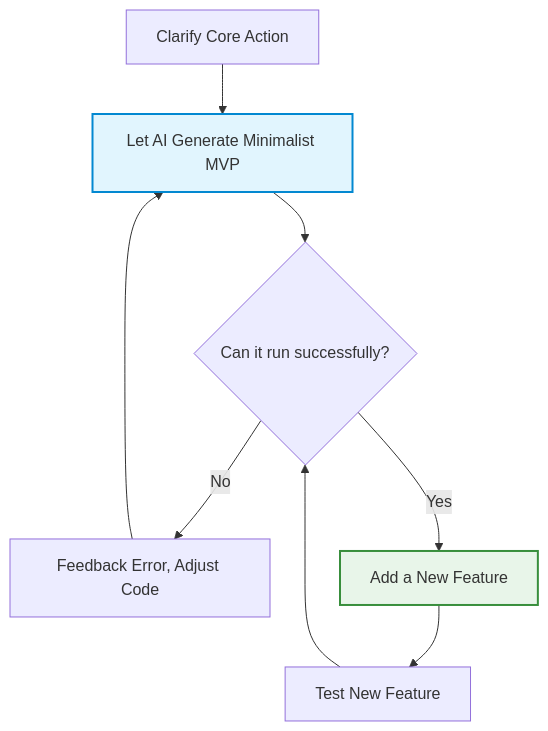
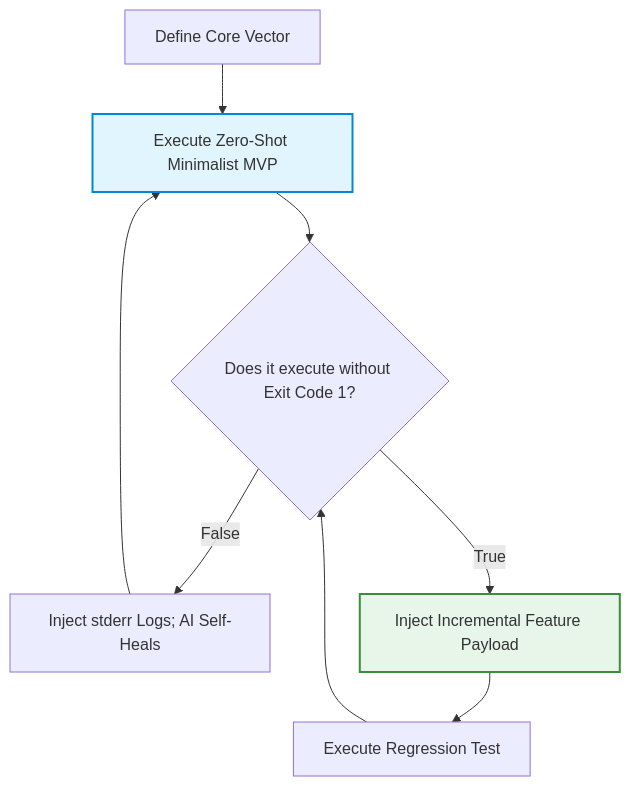
One commit to ruanqizhen/cocode changed the first of 2 diagrams in i18n/en/docusaurus-plugin-content-docs/current/nocode_iteration.md. Above: the diagram before and after it, drawn with Mermaid. The commit also changed other lines of this file and 41 other files, not shown here.

````diff
--- a/i18n/en/docusaurus-plugin-content-docs/current/nocode_iteration.md
+++ b/i18n/en/docusaurus-plugin-content-docs/current/nocode_iteration.md
@@ -24,13 +21,13 @@
 ```mermaid
 flowchart TD
-    A[Clarify Core Action] --> B[Let AI Generate Minimalist MVP]
-    B --> C{Can it run successfully?}
-    C -- No --> D[Feedback Error, Adjust Code]
-    C -- Yes --> E[Add a New Feature]
-    E --> F[Test New Feature]
+    A[Define Core Vector] --> B[Execute Zero-Shot Minimalist MVP]
+    B --> C{Does it execute without Exit Code 1?}
+    C -- False --> D[Inject stderr Logs; AI Self-Heals]
+    C -- True --> E[Inject Incremental Feature Payload]
+    E --> F[Execute Regression Test]
     F --> C
     D --> B
     
     style B fill:#e1f5fe,stroke:#0288d1,stroke-width:2px
     style E fill:#e8f5e9,stroke:#388e3c,stroke-width:2px
 ```
````
